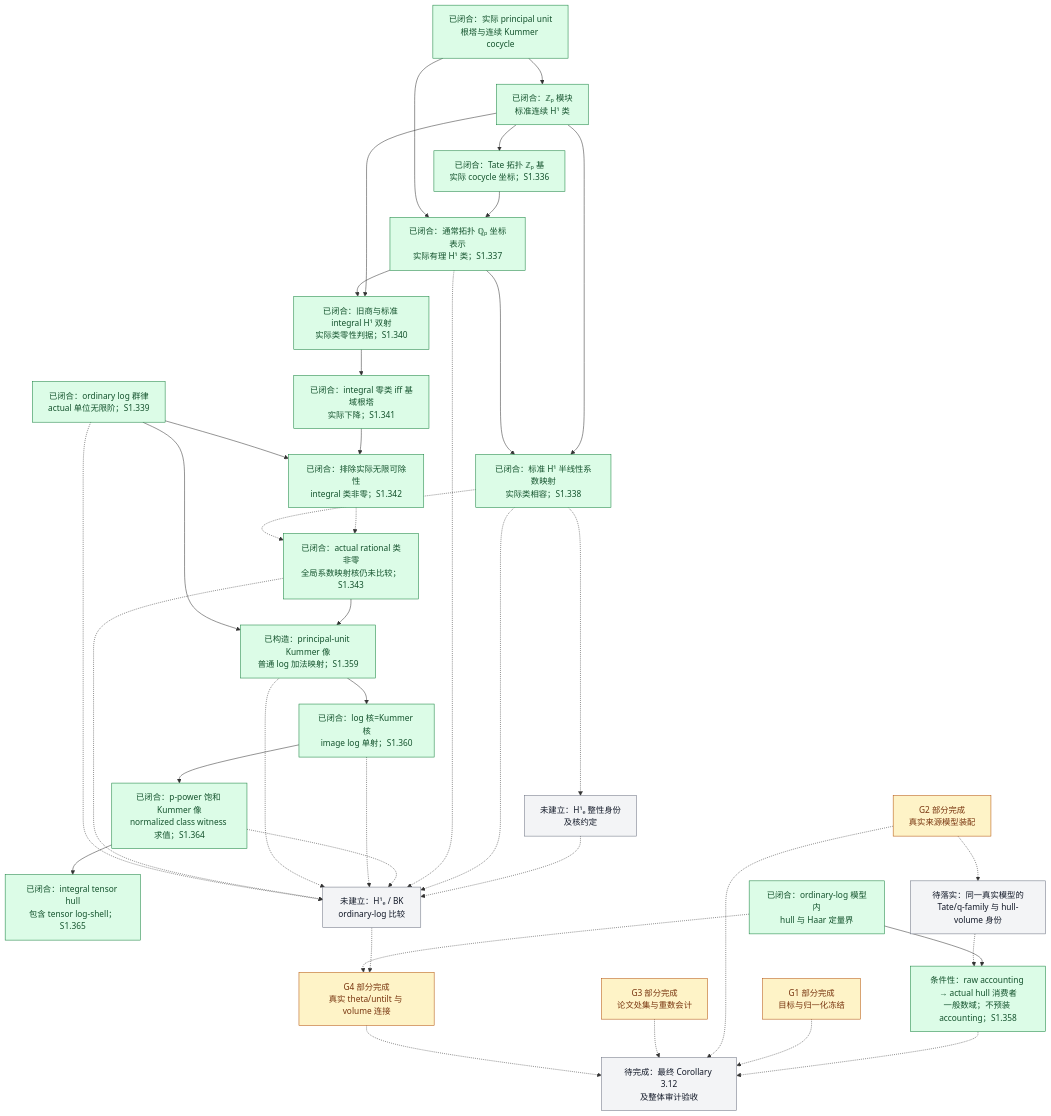
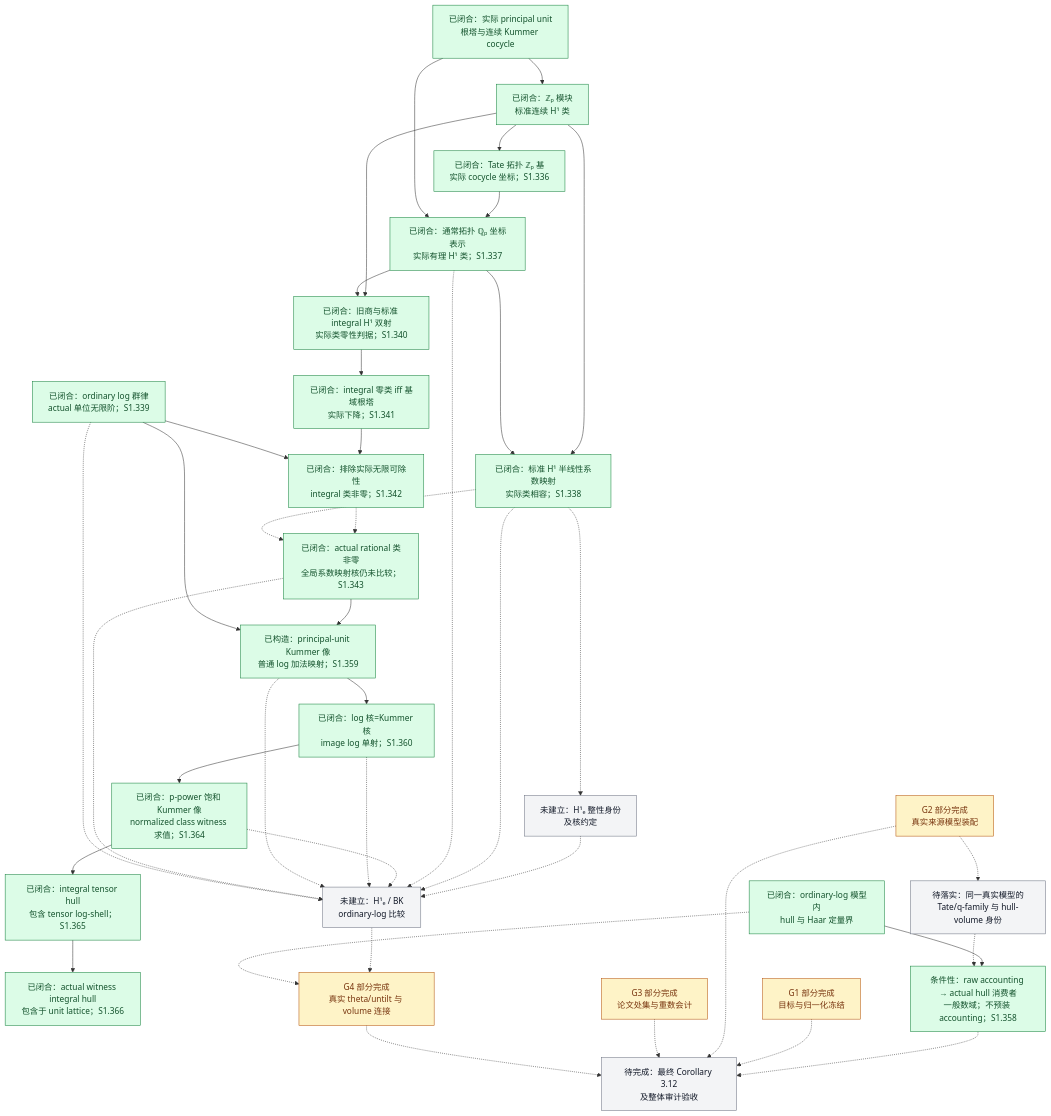
Before and after one commit to Ember-Institute/KirtiJoshi-abc: the diagram in docs/Scene1进度总览.md, drawn with Mermaid. The commit also changed other lines of this file and 4 other files, not shown here.

Commit message:
Record S1.366 unit-lattice carrier

````diff
--- a/docs/Scene1进度总览.md
+++ b/docs/Scene1进度总览.md
@@ -75,76 +75,78 @@
 ```mermaid
 flowchart TD
     K["已闭合：实际 principal unit<br/>根塔与连续 Kummer cocycle"]
     Z["已闭合：ℤₚ 模块<br/>标准连续 H¹ 类"]
     T["已闭合：Tate 拓扑 ℤₚ 基<br/>实际 cocycle 坐标；S1.336"]
     Q["已闭合：通常拓扑 ℚₚ 坐标表示<br/>实际有理 H¹ 类；S1.337"]
     I["已闭合：标准 H¹ 半线性系数映射<br/>实际类相容；S1.338"]
     J["未建立：H¹ₑ 整性身份<br/>及核约定"]
     C0["已闭合：旧商与标准 integral H¹ 双射<br/>实际类零性判据；S1.340"]
     R0["已闭合：integral 零类 iff 基域根塔<br/>实际下降；S1.341"]
     N0["已闭合：排除实际无限可除性<br/>integral 类非零；S1.342"]
     NQ["已闭合：actual rational 类非零<br/>全局系数映射核仍未比较；S1.343"]
     KL["已构造：principal-unit Kummer 像<br/>普通 log 加法映射；S1.359"]
     KK["已闭合：log 核=Kummer 核<br/>image log 单射；S1.360"]
     KS["已闭合：p-power 饱和 Kummer 像<br/>normalized class witness 求值；S1.364"]
     TS["已闭合：integral tensor hull<br/>包含 tensor log-shell；S1.365"]
+    TU["已闭合：actual witness integral hull<br/>包含于 unit lattice；S1.366"]
     B["未建立：H¹ₑ / BK<br/>ordinary-log 比较"]
     H["已闭合：ordinary-log 模型内<br/>hull 与 Haar 定量界"]
     L["已闭合：ordinary log 群律<br/>actual 单位无限阶；S1.339"]
     V["G4 部分完成<br/>真实 theta/untilt 与 volume 连接"]
     G1["G1 部分完成<br/>目标与归一化冻结"]
     G2["G2 部分完成<br/>真实来源模型装配"]
     G3["G3 部分完成<br/>论文处集与重数会计"]
     RH["条件性：raw accounting → actual hull 消费者<br/>一般数域；不预装 accounting；S1.358"]
     VH["待落实：同一真实模型的<br/>Tate/q-family 与 hull-volume 身份"]
     C["待完成：最终 Corollary 3.12<br/>及整体审计验收"]
 
     K --> Z
     Z --> T
     T --> Q
     K --> Q
     Z --> I
     Q --> I
     I -.-> J
     J -.-> B
     I -.-> B
     Q -.-> B
     Z --> C0
     Q --> C0
     C0 --> R0
     R0 --> N0
     L --> N0
     N0 -.-> NQ
     I -.-> NQ
     NQ --> KL
     L --> KL
     KL --> KK
     KK --> KS
     KS -.-> B
     KS --> TS
+    TS --> TU
     KK -.-> B
     KL -.-> B
     NQ -.-> B
     L -.-> B
     B -.-> V
     H -.-> V
     H --> RH
     G2 -.-> VH
     VH -.-> RH
     RH -.-> C
     G1 -.-> C
     G2 -.-> C
     G3 -.-> C
     V -.-> C
 
     classDef done fill:#dcfce7,stroke:#15803d,color:#14532d;
     classDef partial fill:#fef3c7,stroke:#b45309,color:#78350f;
     classDef open fill:#f3f4f6,stroke:#6b7280,color:#111827;
     class K,Z,T,Q,H,I,L,C0,R0,N0 done;
     class G1,G2,G3,V partial;
     class J,B,C,VH open;
-    class RH,KS,TS done;
+    class RH,KS,TS,TU done;
     class KK done;
     class KL done;
     class NQ done;
 ```
````
